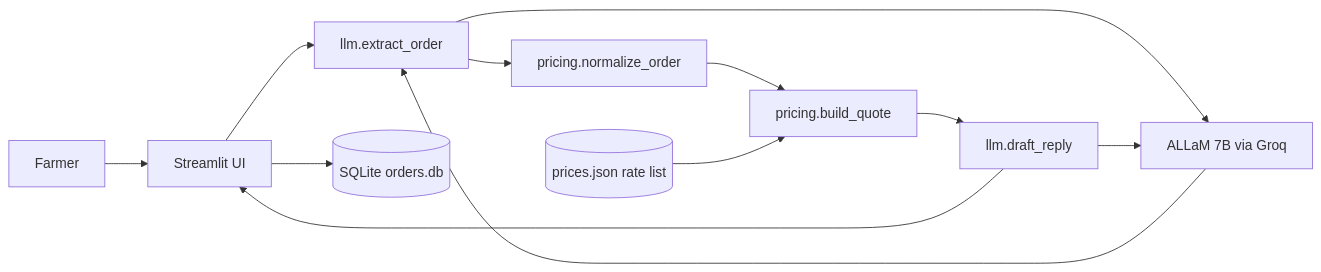
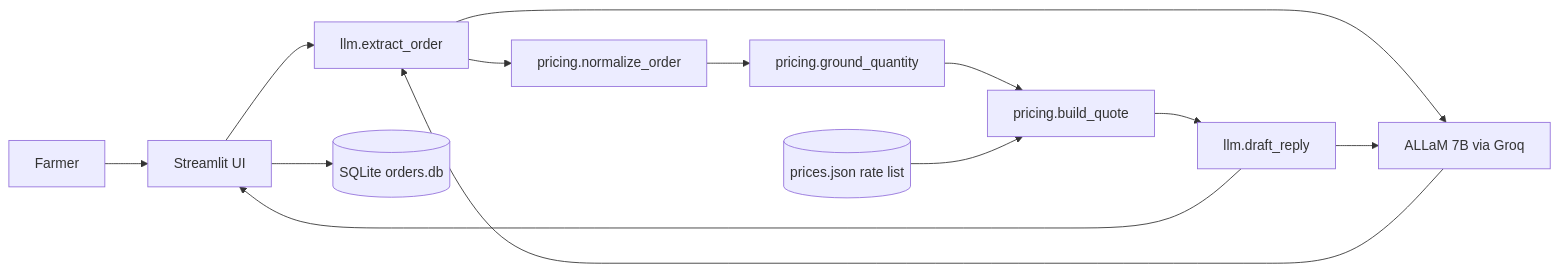
Before and after one commit to hellohammadi/mandi-desk: the first of 4 diagrams in README.md, drawn with Mermaid. The commit also changed other lines of this file, not shown here.

First line of the commit message:
README: expected/actual test table, diagrams match grounding step, model license, examples

````diff
--- a/README.md
+++ b/README.md
@@ -33,14 +36,15 @@
 ```mermaid
 flowchart LR
   F[Farmer] --> UI[Streamlit UI]
   UI --> X[llm.extract_order]
   X --> M[ALLaM 7B via Groq]
   M --> X
   X --> N[pricing.normalize_order]
-  N --> P[pricing.build_quote]
+  N --> GQ[pricing.ground_quantity]
+  GQ --> P[pricing.build_quote]
   R[(prices.json rate list)] --> P
   P --> D[llm.draft_reply]
   D --> M
   D --> UI
   UI --> DB[(SQLite orders.db)]
 ```
````
